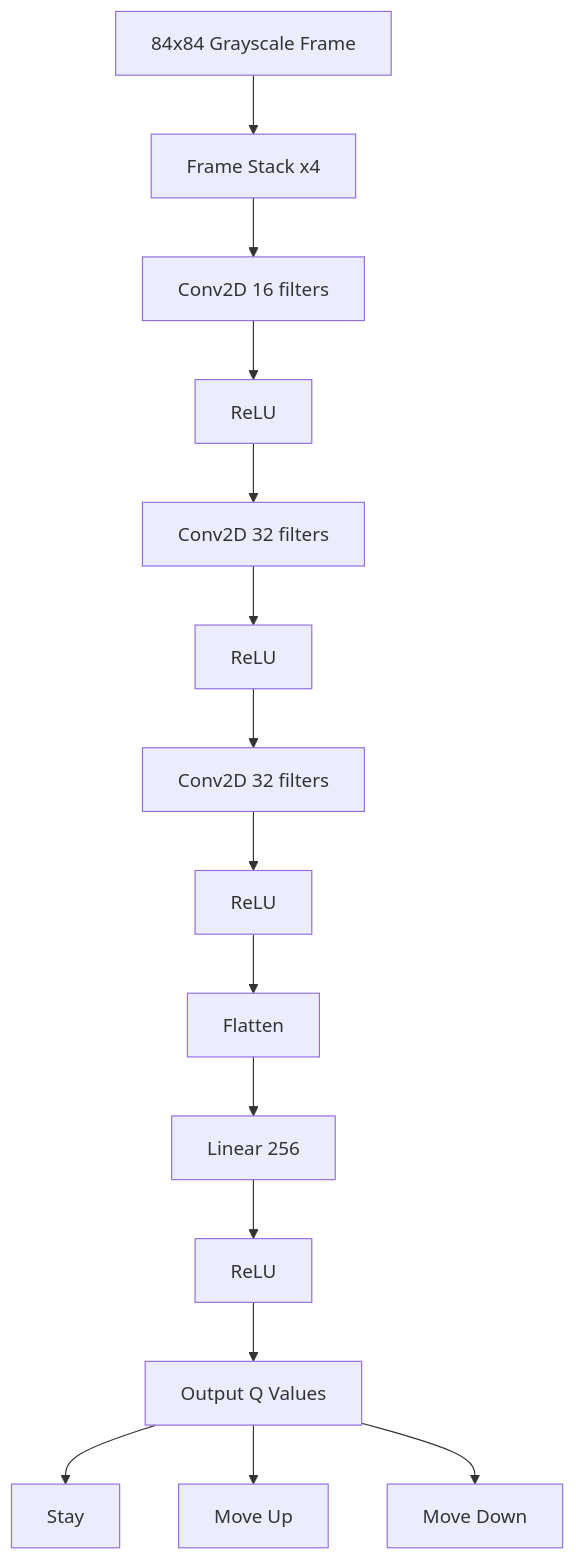
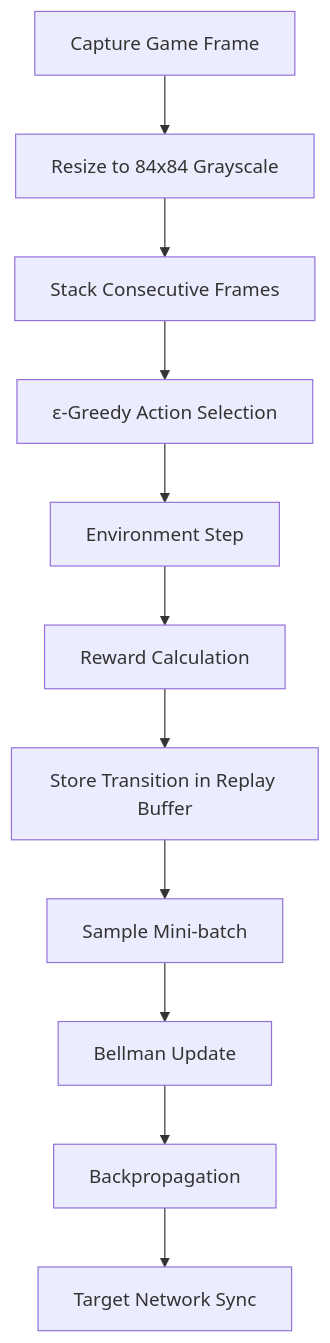
One commit to Murali47k/RL_pong changed the first of 4 diagrams in README.md. Above: the diagram before and after it, drawn with Mermaid. The commit also changed other lines of this file and 2 other files, not shown here.

````diff
--- a/README.md
+++ b/README.md
@@ -245,26 +141,17 @@
 ```mermaid
 flowchart TD
 
-A[84x84 Grayscale Frame]
---> B[Frame Stack x4]
+A[Capture Game Frame]
+B[Resize to 84x84 Grayscale]
+C[Stack Consecutive Frames]
+D[ε-Greedy Action Selection]
+E[Environment Step]
+F[Reward Calculation]
+G[Store Transition in Replay Buffer]
+H[Sample Mini-batch]
+I[Bellman Update]
+J[Backpropagation]
+K[Target Network Sync]
 
-B --> C[Conv2D 16 filters]
-C --> D[ReLU]
-
-D --> E[Conv2D 32 filters]
-E --> F[ReLU]
-
-F --> G[Conv2D 32 filters]
-G --> H[ReLU]
-
-H --> I[Flatten]
-
-I --> J[Linear 256]
-J --> K[ReLU]
-
-K --> L[Output Q Values]
-
-L --> M[Stay]
-L --> N[Move Up]
-L --> O[Move Down]
+A --> B --> C --> D --> E --> F --> G --> H --> I --> J --> K
 ```
````
